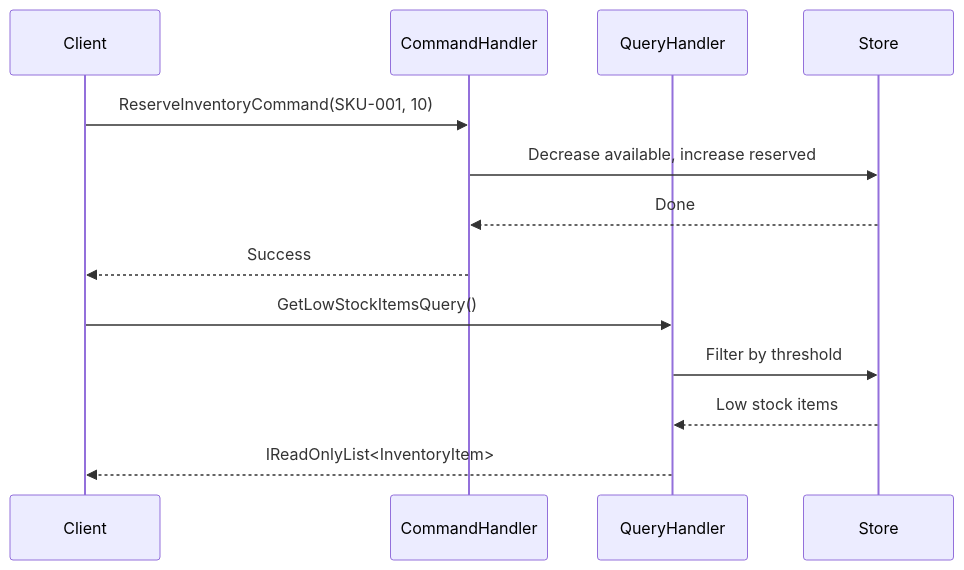
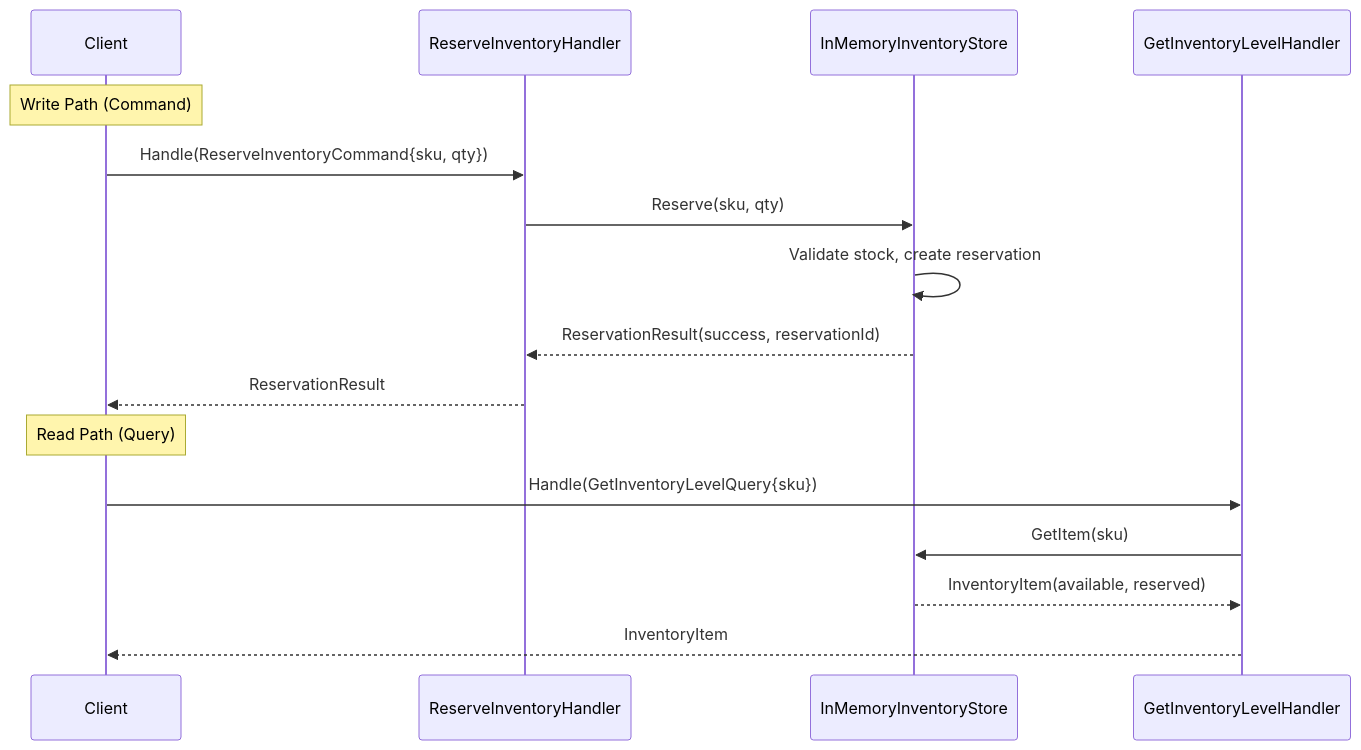
One commit to senapatisantosh/DotnetAdvanceDesignPattern changed the second of 2 diagrams in src/DesignPatterns.Enterprise/Cqrs/README.md. Above: the diagram before and after it, drawn with Mermaid. The commit also changed other lines of this file and 3 other files, not shown here.

````diff
--- a/src/DesignPatterns.Enterprise/Cqrs/README.md
+++ b/src/DesignPatterns.Enterprise/Cqrs/README.md
@@ -116,17 +148,20 @@
 ```mermaid
 sequenceDiagram
-    participant C as Client
-    participant CH as CommandHandler
-    participant QH as QueryHandler
-    participant S as Store
+    participant Client
+    participant CmdHandler as ReserveInventoryHandler
+    participant Store as InMemoryInventoryStore
+    participant QryHandler as GetInventoryLevelHandler
 
-    C->>CH: ReserveInventoryCommand(SKU-001, 10)
-    CH->>S: Decrease available, increase reserved
-    S-->>CH: Done
-    CH-->>C: Success
+    Note over Client: Write Path (Command)
+    Client->>CmdHandler: Handle(ReserveInventoryCommand{sku, qty})
+    CmdHandler->>Store: Reserve(sku, qty)
+    Store->>Store: Validate stock, create reservation
+    Store-->>CmdHandler: ReservationResult(success, reservationId)
+    CmdHandler-->>Client: ReservationResult
 
-    C->>QH: GetLowStockItemsQuery()
-    QH->>S: Filter by threshold
-    S-->>QH: Low stock items
-    QH-->>C: IReadOnlyList<InventoryItem>
+    Note over Client: Read Path (Query)
+    Client->>QryHandler: Handle(GetInventoryLevelQuery{sku})
+    QryHandler->>Store: GetItem(sku)
+    Store-->>QryHandler: InventoryItem(available, reserved)
+    QryHandler-->>Client: InventoryItem
 ```
````
